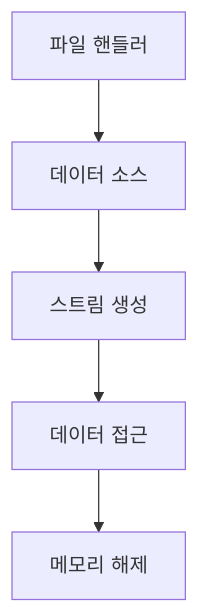
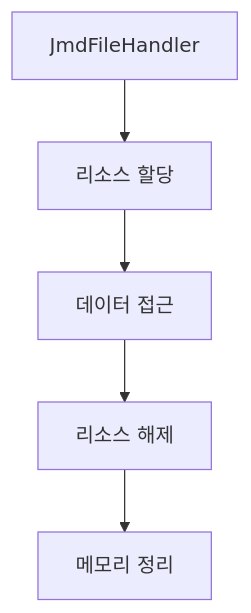
One commit to MeroZemory/JMDReader changed the fourth of 4 diagrams in docs/flows/jmd_flow.md. Above: the diagram before and after it, drawn with Mermaid. The commit also changed other lines of this file, not shown here.

First line of the commit message:
docs: JMD 리소스 관리 플로우 문서 개선

````diff
--- a/docs/flows/jmd_flow.md
+++ b/docs/flows/jmd_flow.md
@@ -99,7 +99,7 @@
 ```mermaid
 flowchart TD
-    A[파일 핸들러] --> B[데이터 소스]
-    B --> C[스트림 생성]
-    C --> D[데이터 접근]
-    D --> E[메모리 해제]
+    A[JmdFileHandler] --> B[리소스 할당]
+    B --> C[데이터 접근]
+    C --> D[리소스 해제]
+    D --> E[메모리 정리]
 ```
````
